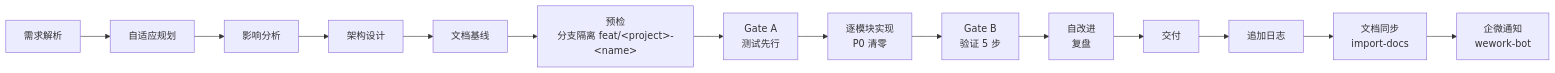
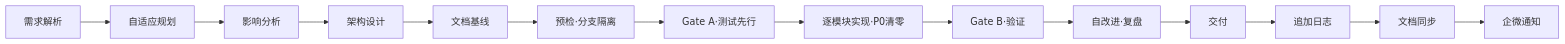
One commit to effiy/YrY changed the second of 3 diagrams in README.md. Above: the diagram before and after it, drawn with Mermaid. The commit also changed other lines of this file and 4 other files, not shown here.

````diff
--- a/README.md
+++ b/README.md
@@ -82,11 +57,11 @@
 ```mermaid
 flowchart LR
     A[需求解析] --> B[自适应规划] --> C[影响分析] --> D[架构设计] --> E[文档基线]
-    E --> F["预检<br/>分支隔离 feat/&lt;project&gt;-&lt;name&gt;"]
-    F --> G["Gate A<br/>测试先行"]
-    G --> H["逐模块实现<br/>P0 清零"]
-    H --> I["Gate B<br/>验证 5 步"]
-    I --> J["自改进<br/>复盘"]
-    J --> K["交付"]
-    K --> K1["追加日志"] --> K2["文档同步<br/>import-docs"] --> K3["企微通知<br/>wework-bot"]
+    E --> F[预检·分支隔离]
+    F --> G[Gate A·测试先行]
+    G --> H[逐模块实现·P0清零]
+    H --> I[Gate B·验证]
+    I --> J[自改进·复盘]
+    J --> K[交付]
+    K --> K1[追加日志] --> K2[文档同步] --> K3[企微通知]
 ```
````
